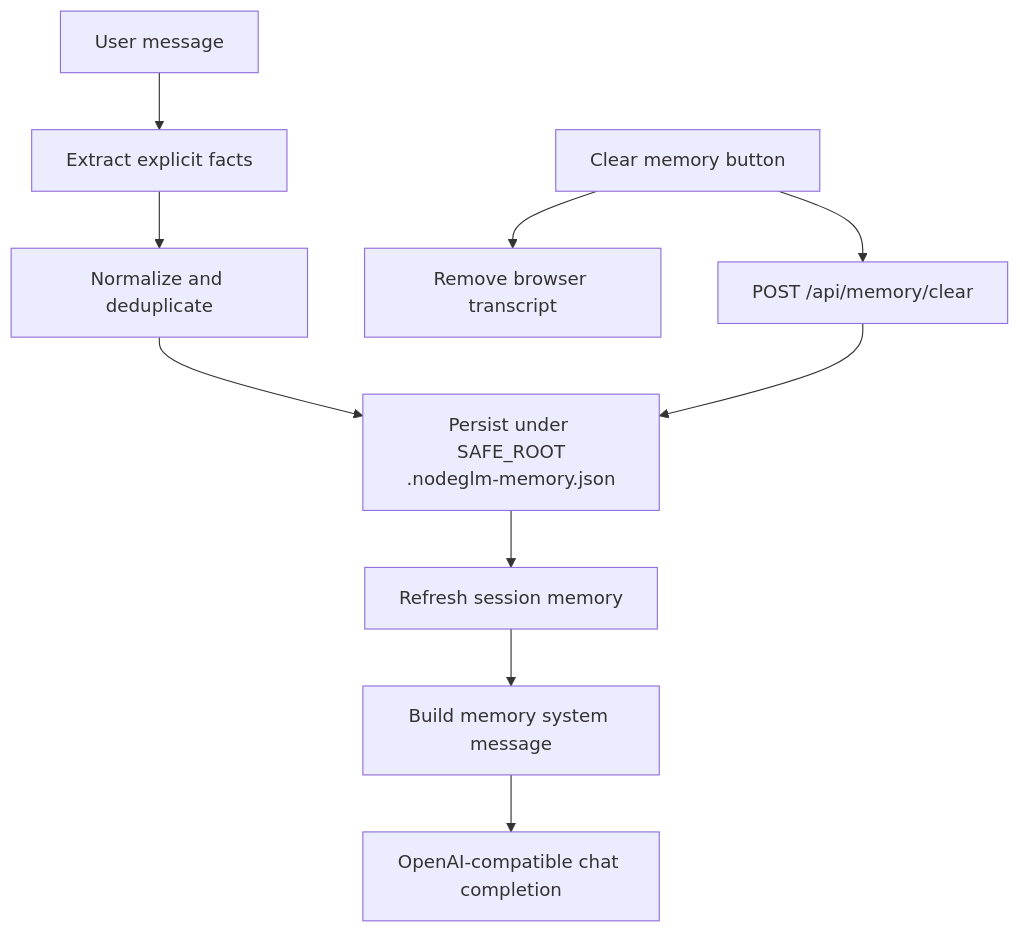
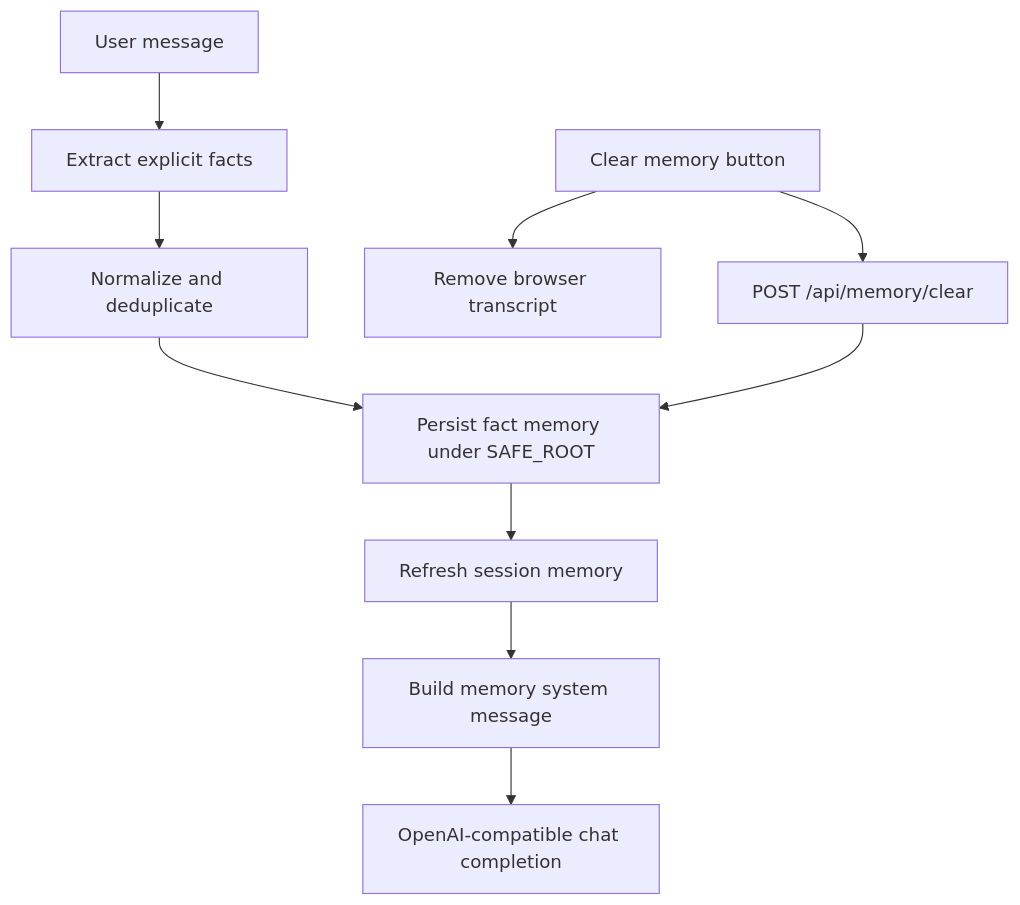
The second of 4 diagrams in Readme.md (cschladetsch/NodeGLM-5), drawn with Mermaid before and after one commit. The commit also changed other lines of this file and 1 other file, not shown here.

Commit message:
Fix README Mermaid rendering

````diff
--- a/Readme.md
+++ b/Readme.md
@@ -144,12 +144,12 @@
 ```mermaid
 flowchart TD
     UserMsg["User message"] --> Extract["Extract explicit facts"]
     Extract --> Dedupe["Normalize and deduplicate"]
-    Dedupe --> Store["Persist under SAFE_ROOT<br/>.nodeglm-memory.json"]
+    Dedupe --> Store["Persist fact memory under SAFE_ROOT"]
     Store --> Session["Refresh session memory"]
     Session --> Prompt["Build memory system message"]
     Prompt --> Model["OpenAI-compatible chat completion"]
     Clear["Clear memory button"] --> ClearLocal["Remove browser transcript"]
     Clear --> ClearServer["POST /api/memory/clear"]
     ClearServer --> Store
 ```
````
